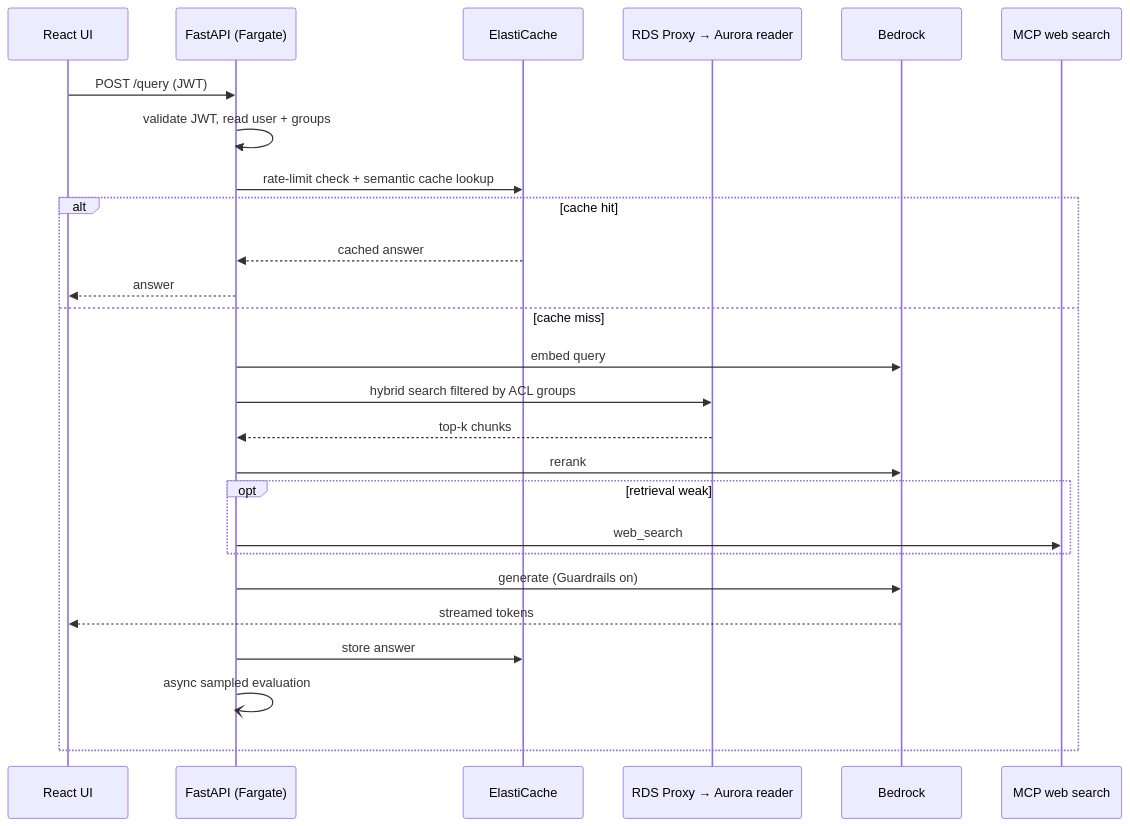
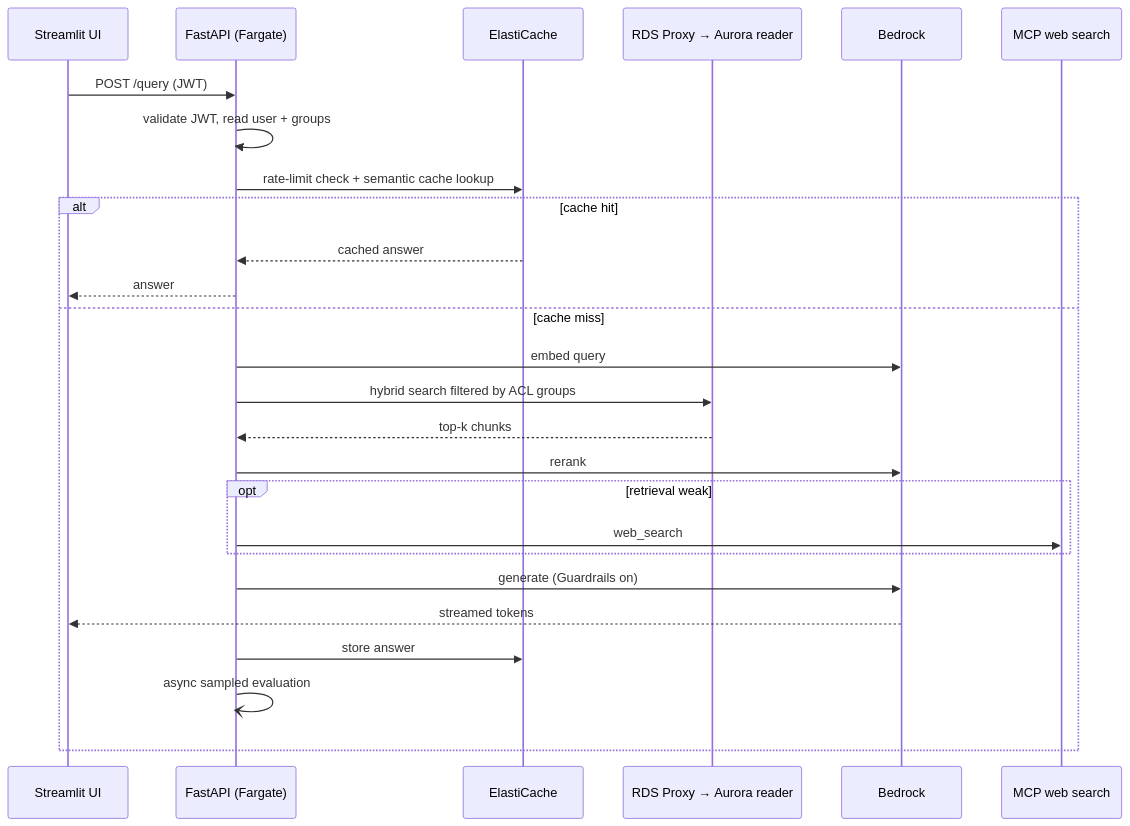
Before and after one commit to msajjauddin/enterprise-rag-app-on-aws: the fifth of 6 diagrams in docs/architecture/production-upgrade.md, drawn with Mermaid. The commit also changed other lines of this file and 22 other files, not shown here.

First line of the commit message:
Ingest tables, charts and scanned pages from PDFs

````diff
--- a/docs/architecture/production-upgrade.md
+++ b/docs/architecture/production-upgrade.md
@@ -159,29 +159,29 @@
 ```mermaid
 sequenceDiagram
-    participant U as React UI
+    participant U as Streamlit UI
     participant A as FastAPI (Fargate)
     participant C as ElastiCache
     participant P as RDS Proxy → Aurora reader
     participant B as Bedrock
     participant M as MCP web search
 
     U->>A: POST /query (JWT)
     A->>A: validate JWT, read user + groups
     A->>C: rate-limit check + semantic cache lookup
     alt cache hit
         C-->>A: cached answer
         A-->>U: answer
     else cache miss
         A->>B: embed query
         A->>P: hybrid search filtered by ACL groups
         P-->>A: top-k chunks
         A->>B: rerank
         opt retrieval weak
             A->>M: web_search
         end
         A->>B: generate (Guardrails on)
         B-->>U: streamed tokens
         A->>C: store answer
         A-)A: async sampled evaluation
     end
 ```
````
